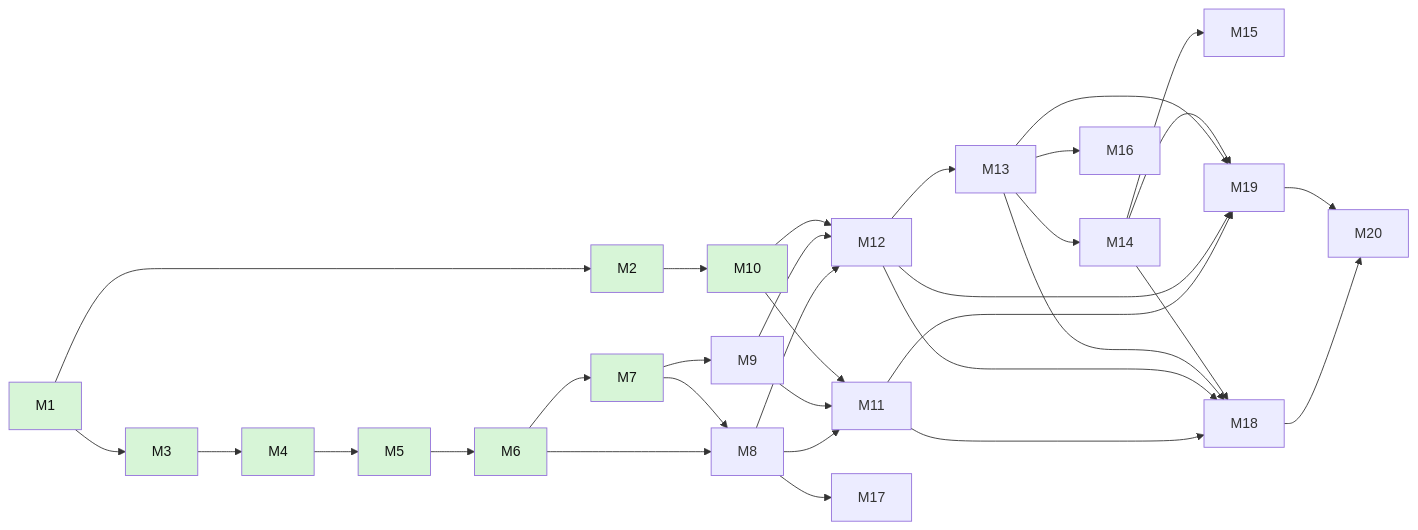
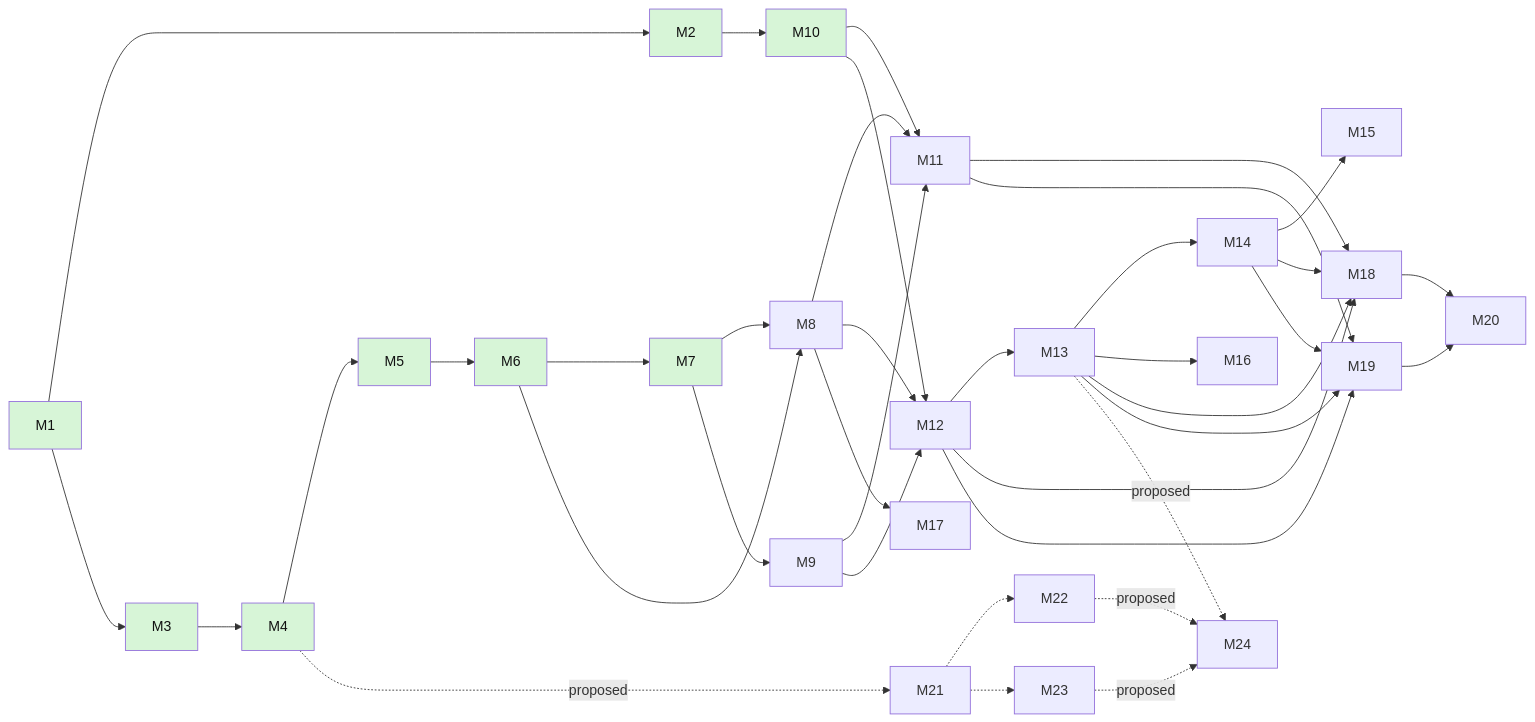
One commit to lakhaniyash/Smartsense-marketplace changed the second of 2 diagrams in docs/milestones.md. Above: the diagram before and after it, drawn with Mermaid. The commit also changed other lines of this file and 3 other files, not shown here.

````diff
--- a/docs/milestones.md
+++ b/docs/milestones.md
@@ -101,24 +111,27 @@
 ```mermaid
 flowchart LR
     M1 --> M2 & M3
     M3 --> M4 --> M5 --> M6 --> M7
     M6 & M7 --> M8
     M7 --> M9
     M2 --> M10
     M8 & M9 & M10 --> M11 & M12
     M12 --> M13 --> M14
     M14 --> M15
     M13 --> M16
     M8 --> M17
     M11 & M12 & M13 & M14 --> M18 & M19
     M18 & M19 --> M20
+    M4 -.->|"proposed"| M21 -.-> M22 & M23
+    M22 & M23 -.->|"proposed"| M24
+    M13 -.->|"proposed"| M24
 
     style M1 fill:#d7f5d7,color:#111
     style M2 fill:#d7f5d7,color:#111
     style M3 fill:#d7f5d7,color:#111
     style M4 fill:#d7f5d7,color:#111
     style M5 fill:#d7f5d7,color:#111
     style M6 fill:#d7f5d7,color:#111
     style M7 fill:#d7f5d7,color:#111
     style M10 fill:#d7f5d7,color:#111
 ```
````
